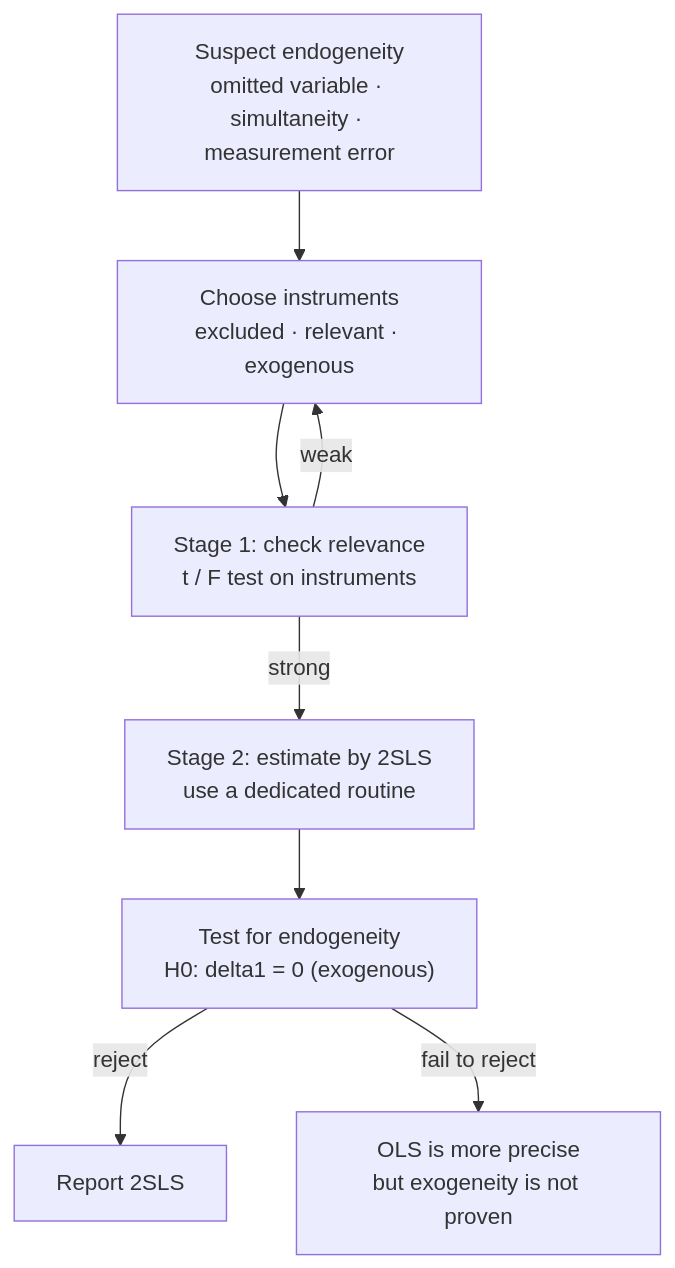
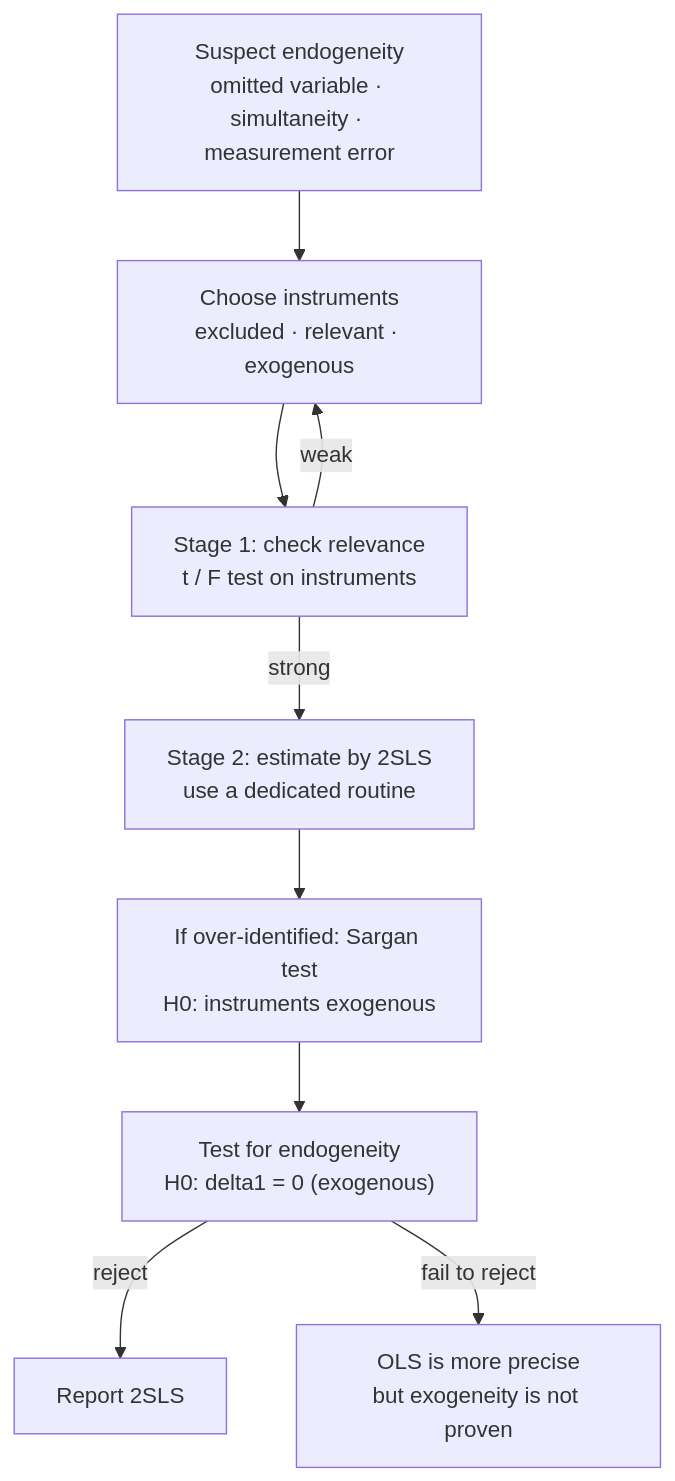
One commit to enchi521-ops/econometrics-notes changed the second of 2 diagrams in Ch15/README.md. Above: the diagram before and after it, drawn with Mermaid. The commit also changed other lines of this file and 12 other files, not shown here.

````diff
--- a/Ch15/README.md
+++ b/Ch15/README.md
@@ -356,10 +440,11 @@
 ```mermaid
 flowchart TD
     A["Suspect endogeneity<br/>omitted variable · simultaneity · measurement error"] --> B["Choose instruments<br/>excluded · relevant · exogenous"]
     B --> C["Stage 1: check relevance<br/>t / F test on instruments"]
     C -->|weak| B
     C -->|strong| D["Stage 2: estimate by 2SLS<br/>use a dedicated routine"]
-    D --> E["Test for endogeneity<br/>H0: delta1 = 0 (exogenous)"]
+    D --> O["If over-identified: Sargan test<br/>H0: instruments exogenous"]
+    O --> E["Test for endogeneity<br/>H0: delta1 = 0 (exogenous)"]
     E -->|reject| F["Report 2SLS"]
     E -->|fail to reject| G["OLS is more precise<br/>but exogeneity is not proven"]
 ```
````
